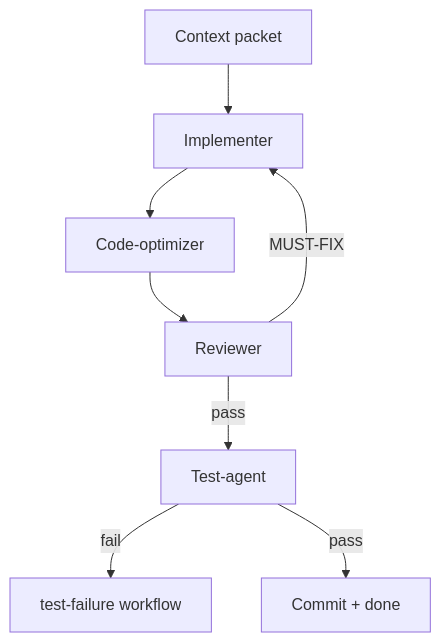
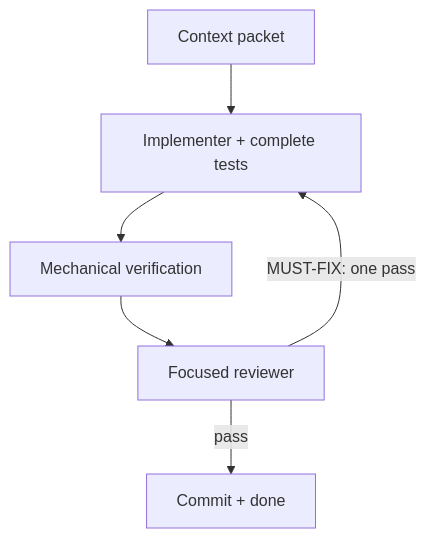
One commit to bperin/project-context changed the third of 3 diagrams in src/workflows/overview.md. Above: the diagram before and after it, drawn with Mermaid. The commit also changed other lines of this file and 38 other files, not shown here.

````diff
--- a/src/workflows/overview.md
+++ b/src/workflows/overview.md
@@ -38,10 +38,8 @@
 ```mermaid
 flowchart TD
-    CTX["Context packet"] --> P["Implementer"]
-    P --> CO["Code-optimizer"]
-    CO --> CR["Reviewer"]
-    CR -->|"MUST-FIX"| P
-    CR -->|pass| TA["Test-agent"]
-    TA -->|"fail"| TF["test-failure workflow"]
-    TA -->|pass| COM["Commit + done"]
+    CTX["Context packet"] --> P["Implementer + complete tests"]
+    P --> V["Mechanical verification"]
+    V --> CR["Focused reviewer"]
+    CR -->|"MUST-FIX: one pass"| P
+    CR -->|pass| COM["Commit + done"]
 ```
````
